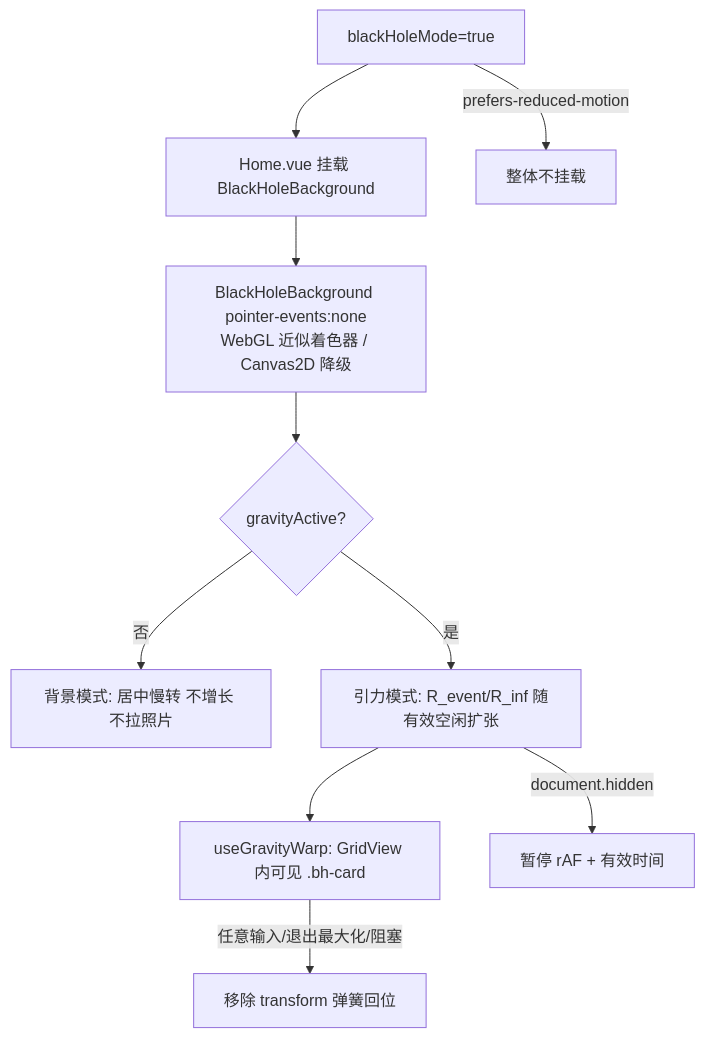
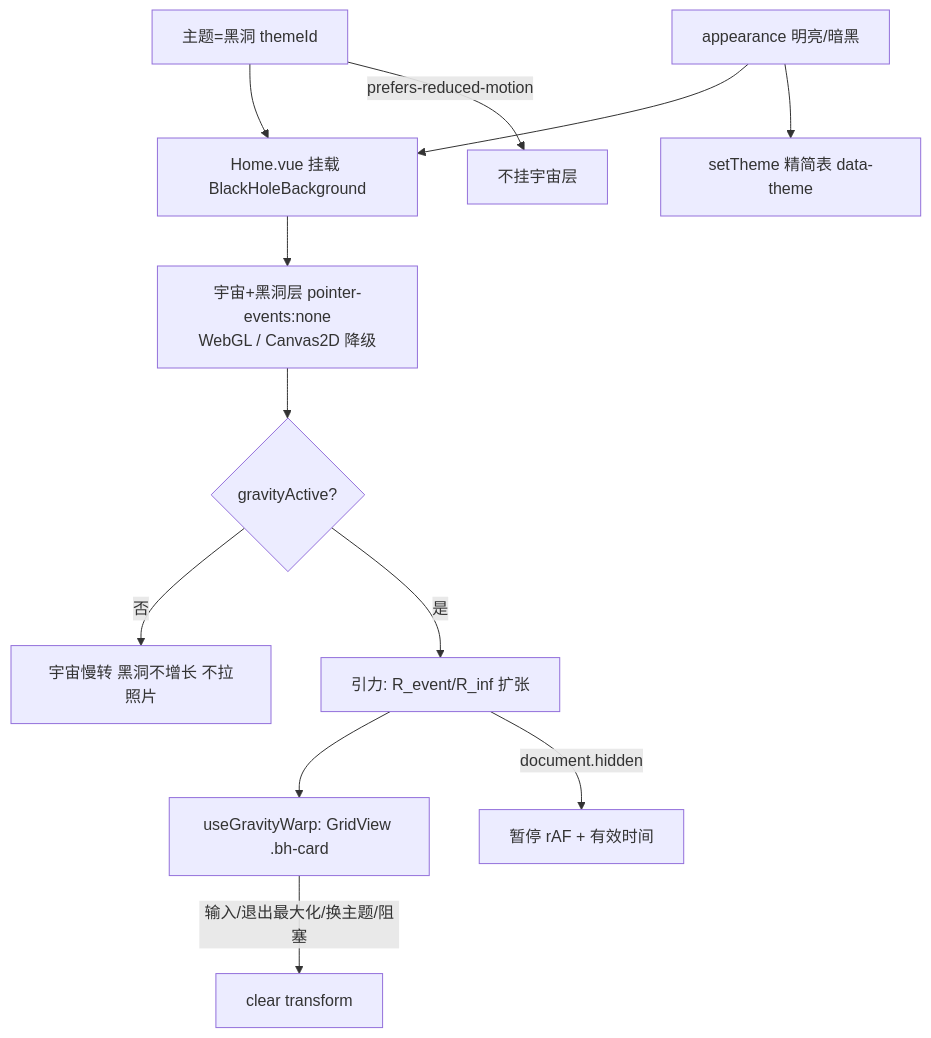
Before and after one commit to big2cater/picaipic: the diagram in docs/guide/black-hole-idle-theme-design.md, drawn with Mermaid. The commit also changed other lines of this file, not shown here.

Commit message:
docs(black-hole): v1.4 theme menu, cosmos background, appearance tint

````diff
--- a/docs/guide/black-hole-idle-theme-design.md
+++ b/docs/guide/black-hole-idle-theme-design.md
@@ -51,12 +62,14 @@
 ```mermaid
 graph TD
-    O[blackHoleMode=true] --> H[Home.vue 挂载 BlackHoleBackground]
-    H --> B[BlackHoleBackground pointer-events:none<br/>WebGL 近似着色器 / Canvas2D 降级]
+    T[主题=黑洞 themeId] --> H[Home.vue 挂载 BlackHoleBackground]
+    A[appearance 明亮/暗黑] --> H
+    A --> ST[setTheme 精简表 data-theme]
+    H --> B[宇宙+黑洞层 pointer-events:none<br/>WebGL / Canvas2D 降级]
     B --> G{gravityActive?}
-    G -->|否| BG[背景模式: 居中慢转 不增长 不拉照片]
-    G -->|是| ACT[引力模式: R_event/R_inf 随有效空闲扩张]
-    ACT --> W[useGravityWarp: GridView 内可见 .bh-card]
-    W -->|任意输入/退出最大化/阻塞| R[移除 transform 弹簧回位]
+    G -->|否| BG[宇宙慢转 黑洞不增长 不拉照片]
+    G -->|是| ACT[引力: R_event/R_inf 扩张]
+    ACT --> W[useGravityWarp: GridView .bh-card]
+    W -->|输入/退出最大化/换主题/阻塞| R[clear transform]
     ACT -->|document.hidden| P[暂停 rAF + 有效时间]
-    O -->|prefers-reduced-motion| X[整体不挂载]
+    T -->|prefers-reduced-motion| X[不挂宇宙层]
 ```
````
